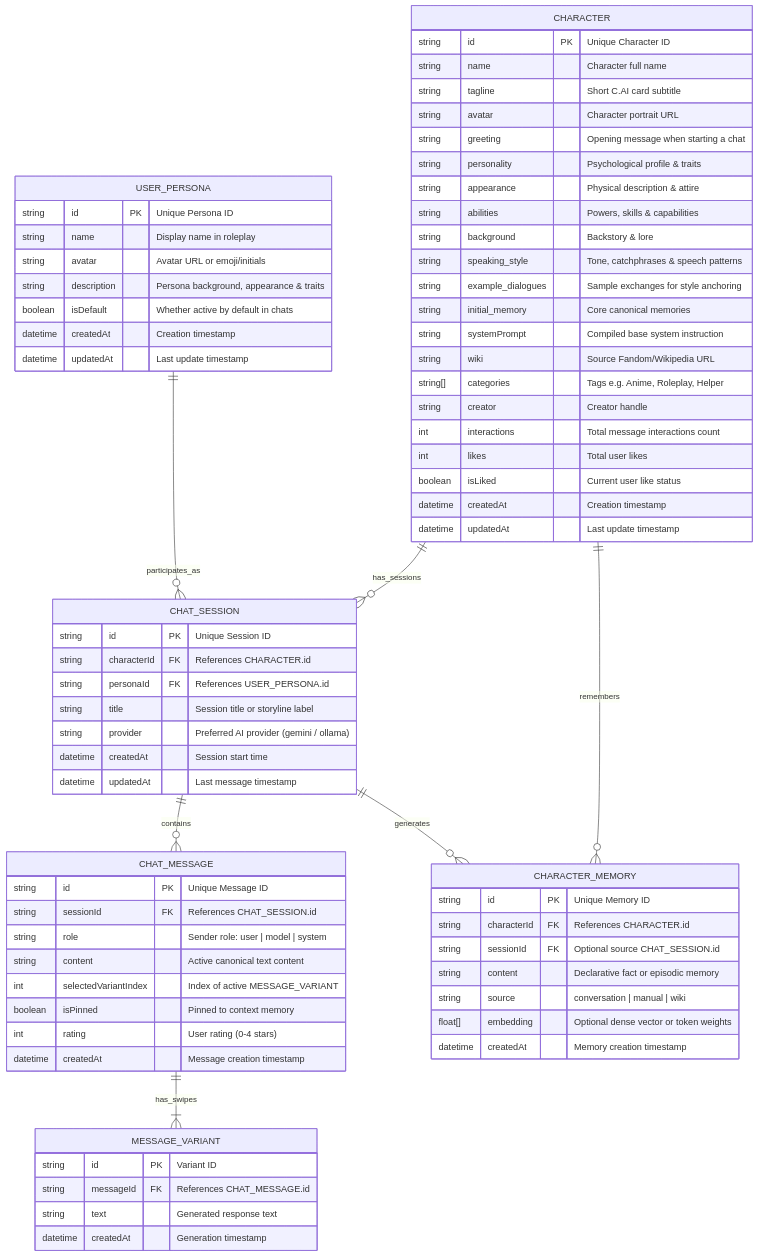
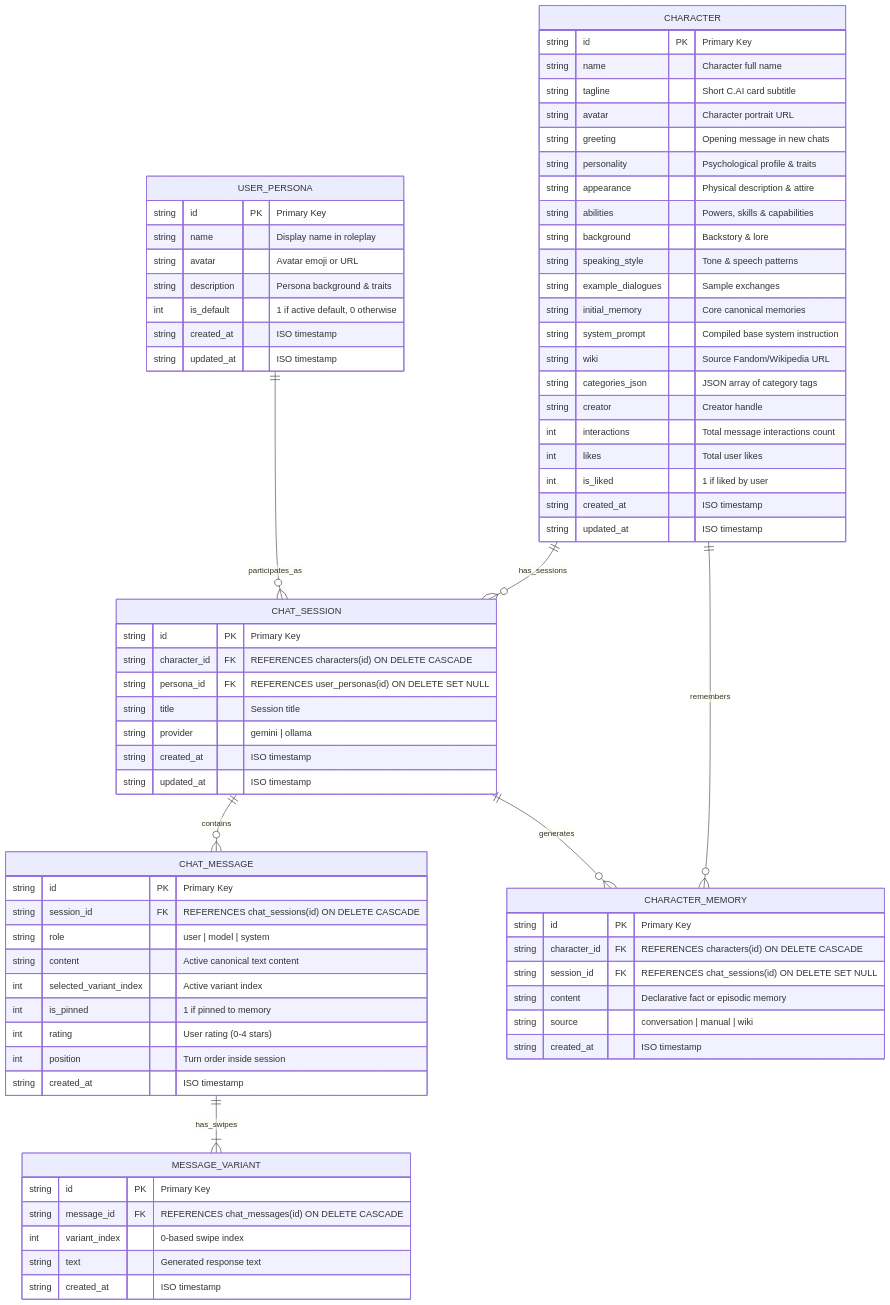
Before and after one commit to Kazuken123/My-C.AI-Universe: the second of 4 diagrams in docs/ARCHITECTURE_ERD_DFD.md, drawn with Mermaid. The commit also changed other lines of this file and 36 other files, not shown here.

Commit message:
feat(oop+db): refactor full-stack architecture to OOP classes & add complete SQL database scripts

````diff
--- a/docs/ARCHITECTURE_ERD_DFD.md
+++ b/docs/ARCHITECTURE_ERD_DFD.md
@@ -109,81 +200,82 @@
 ```mermaid
 erDiagram
     USER_PERSONA ||--o{ CHAT_SESSION : "participates_as"
     CHARACTER ||--o{ CHAT_SESSION : "has_sessions"
     CHARACTER ||--o{ CHARACTER_MEMORY : "remembers"
     CHAT_SESSION ||--o{ CHAT_MESSAGE : "contains"
     CHAT_MESSAGE ||--|{ MESSAGE_VARIANT : "has_swipes"
     CHAT_SESSION ||--o{ CHARACTER_MEMORY : "generates"
 
     USER_PERSONA {
-        string id PK "Unique Persona ID"
+        string id PK "Primary Key"
         string name "Display name in roleplay"
-        string avatar "Avatar URL or emoji/initials"
-        string description "Persona background, appearance & traits"
-        boolean isDefault "Whether active by default in chats"
-        datetime createdAt "Creation timestamp"
-        datetime updatedAt "Last update timestamp"
+        string avatar "Avatar emoji or URL"
+        string description "Persona background & traits"
+        int is_default "1 if active default, 0 otherwise"
+        string created_at "ISO timestamp"
+        string updated_at "ISO timestamp"
     }
 
     CHARACTER {
-        string id PK "Unique Character ID"
+        string id PK "Primary Key"
         string name "Character full name"
         string tagline "Short C.AI card subtitle"
         string avatar "Character portrait URL"
-        string greeting "Opening message when starting a chat"
+        string greeting "Opening message in new chats"
         string personality "Psychological profile & traits"
         string appearance "Physical description & attire"
         string abilities "Powers, skills & capabilities"
         string background "Backstory & lore"
-        string speaking_style "Tone, catchphrases & speech patterns"
-        string example_dialogues "Sample exchanges for style anchoring"
+        string speaking_style "Tone & speech patterns"
+        string example_dialogues "Sample exchanges"
         string initial_memory "Core canonical memories"
-        string systemPrompt "Compiled base system instruction"
+        string system_prompt "Compiled base system instruction"
         string wiki "Source Fandom/Wikipedia URL"
-        string[] categories "Tags e.g. Anime, Roleplay, Helper"
+        string categories_json "JSON array of category tags"
         string creator "Creator handle"
         int interactions "Total message interactions count"
         int likes "Total user likes"
-        boolean isLiked "Current user like status"
-        datetime createdAt "Creation timestamp"
-        datetime updatedAt "Last update timestamp"
+        int is_liked "1 if liked by user"
+        string created_at "ISO timestamp"
+        string updated_at "ISO timestamp"
     }
 
     CHAT_SESSION {
-        string id PK "Unique Session ID"
-        string characterId FK "References CHARACTER.id"
-        string personaId FK "References USER_PERSONA.id"
-        string title "Session title or storyline label"
-        string provider "Preferred AI provider (gemini / ollama)"
-        datetime createdAt "Session start time"
-        datetime updatedAt "Last message timestamp"
+        string id PK "Primary Key"
+        string character_id FK "REFERENCES characters(id) ON DELETE CASCADE"
+        string persona_id FK "REFERENCES user_personas(id) ON DELETE SET NULL"
+        string title "Session title"
+        string provider "gemini | ollama"
+        string created_at "ISO timestamp"
+        string updated_at "ISO timestamp"
     }
 
     CHAT_MESSAGE {
-        string id PK "Unique Message ID"
-        string sessionId FK "References CHAT_SESSION.id"
-        string role "Sender role: user | model | system"
+        string id PK "Primary Key"
+        string session_id FK "REFERENCES chat_sessions(id) ON DELETE CASCADE"
+        string role "user | model | system"
         string content "Active canonical text content"
-        int selectedVariantIndex "Index of active MESSAGE_VARIANT"
-        boolean isPinned "Pinned to context memory"
+        int selected_variant_index "Active variant index"
+        int is_pinned "1 if pinned to memory"
         int rating "User rating (0-4 stars)"
-        datetime createdAt "Message creation timestamp"
+        int position "Turn order inside session"
+        string created_at "ISO timestamp"
     }
 
     MESSAGE_VARIANT {
-        string id PK "Variant ID"
-        string messageId FK "References CHAT_MESSAGE.id"
+        string id PK "Primary Key"
+        string message_id FK "REFERENCES chat_messages(id) ON DELETE CASCADE"
+        int variant_index "0-based swipe index"
         string text "Generated response text"
-        datetime createdAt "Generation timestamp"
+        string created_at "ISO timestamp"
     }
 
     CHARACTER_MEMORY {
-        string id PK "Unique Memory ID"
-        string characterId FK "References CHARACTER.id"
-        string sessionId FK "Optional source CHAT_SESSION.id"
+        string id PK "Primary Key"
+        string character_id FK "REFERENCES characters(id) ON DELETE CASCADE"
+        string session_id FK "REFERENCES chat_sessions(id) ON DELETE SET NULL"
         string content "Declarative fact or episodic memory"
         string source "conversation | manual | wiki"
-        float[] embedding "Optional dense vector or token weights"
-        datetime createdAt "Memory creation timestamp"
+        string created_at "ISO timestamp"
     }
 ```
````
